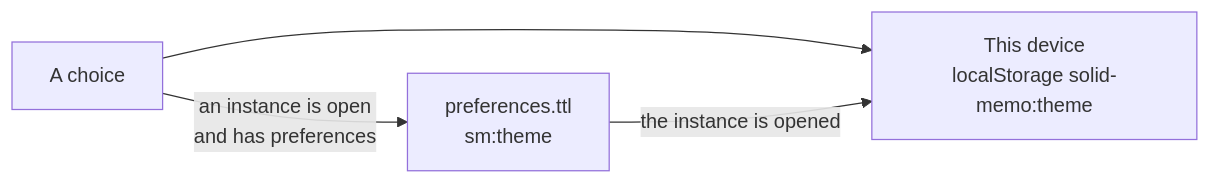
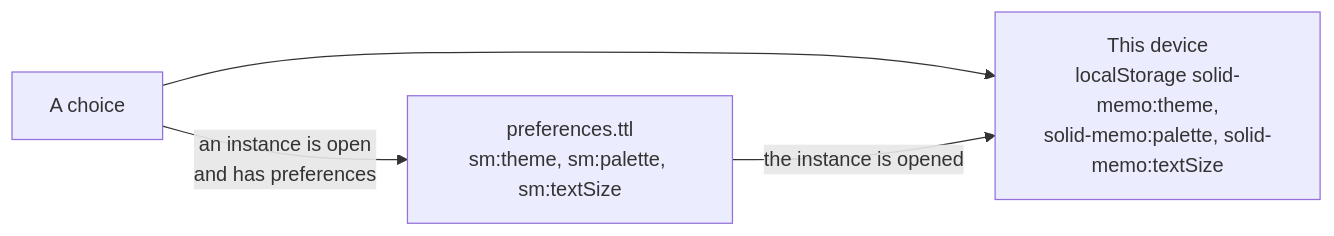
Before and after one commit to solid-memo/website: the diagram in docs/theme.md, drawn with Mermaid. The commit also changed other lines of this file and 59 other files, not shown here.

````diff
--- a/docs/theme.md
+++ b/docs/theme.md
@@ -12,8 +15,8 @@
 ```mermaid
 flowchart LR
-  accTitle: Where the theme is kept
-  accDescr: A theme choice is kept on this device, and in the instance's preferences when one is open, which set the device's choice when the instance is opened.
-  choose["A choice"] --> device["This device<br/>localStorage solid-memo:theme"]
-  choose -->|"an instance is open<br/>and has preferences"| pod["preferences.ttl<br/>sm:theme"]
+  accTitle: Where the theme, the palette and the text size are kept
+  accDescr: A choice of theme, palette or text size is kept on this device, and in the instance's preferences when one is open, which set the device's choices when the instance is opened.
+  choose["A choice"] --> device["This device<br/>localStorage solid-memo:theme,<br/>solid-memo:palette, solid-memo:textSize"]
+  choose -->|"an instance is open<br/>and has preferences"| pod["preferences.ttl<br/>sm:theme, sm:palette, sm:textSize"]
   pod -->|"the instance is opened"| device
 ```
````
